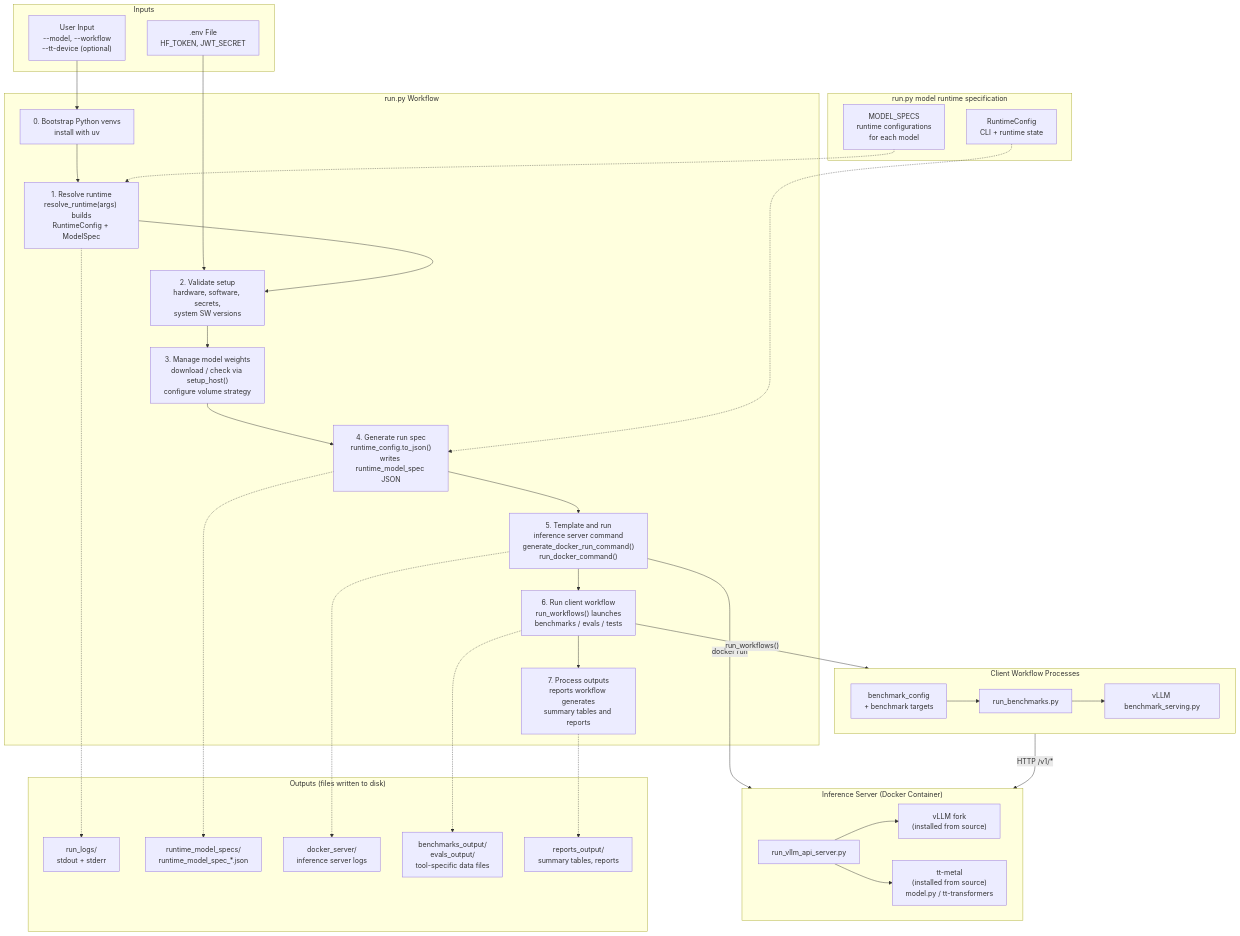
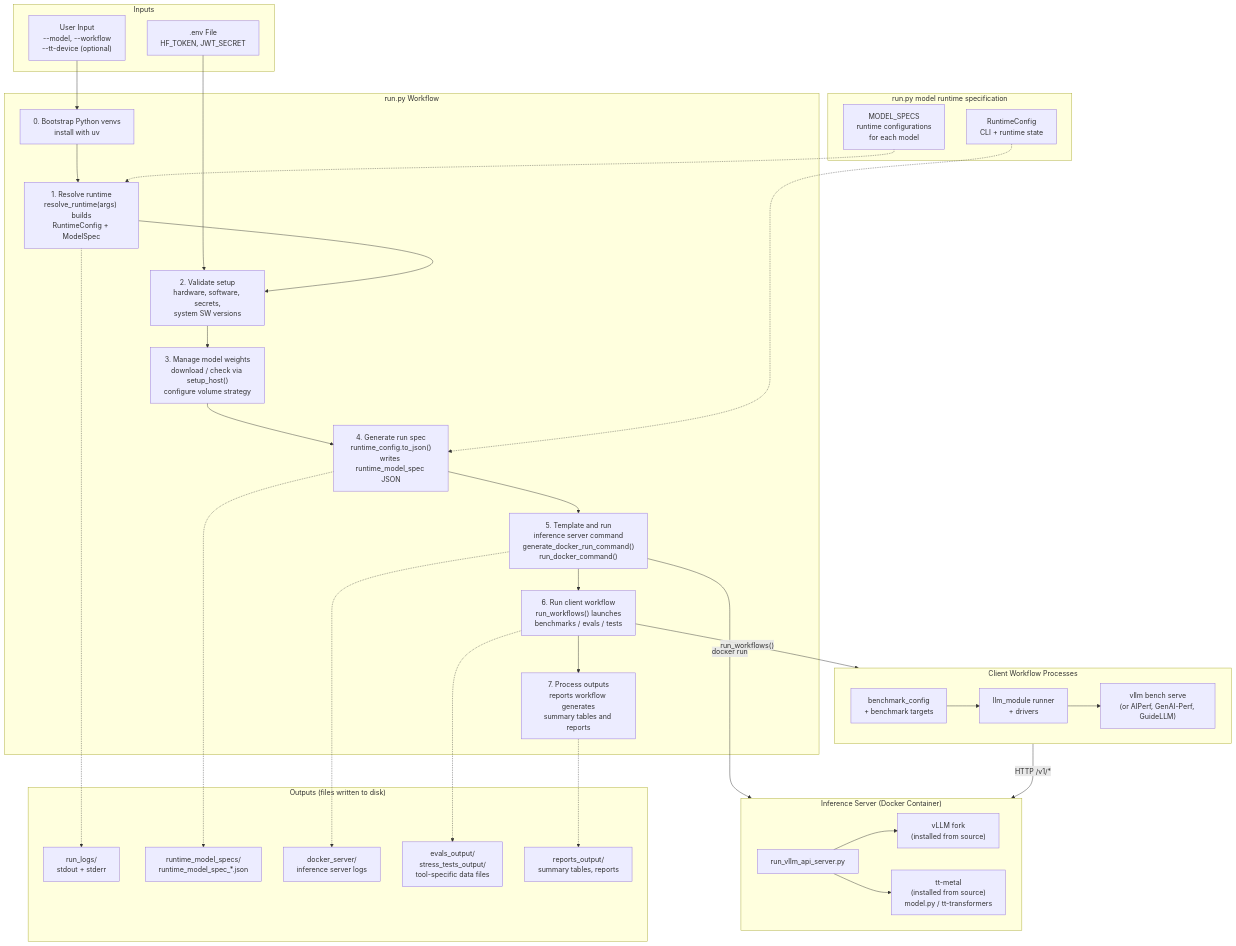
One commit to tenstorrent/tt-inference-server changed the second of 4 diagrams in workflows/README.md. Above: the diagram before and after it, drawn with Mermaid. The commit also changed other lines of this file and 8 other files, not shown here.

First line of the commit message:
Rewrite benchmarking docs against llm_module and remove dead v1 references

````diff
--- a/workflows/README.md
+++ b/workflows/README.md
@@ -72,71 +72,71 @@
 ```mermaid
 flowchart TD
   subgraph inputs ["Inputs"]
     userInput["User Input<br/>--model, --workflow<br/>--tt-device (optional)"]
     envFile[".env File<br/>HF_TOKEN, JWT_SECRET"]
   end
 
   subgraph runpySteps ["run.py Workflow"]
     step0["0. Bootstrap Python venvs<br/>install with uv"]
     step1["1. Resolve runtime<br/>resolve_runtime(args) builds<br/>RuntimeConfig + ModelSpec"]
     step2["2. Validate setup<br/>hardware, software, secrets,<br/>system SW versions"]
     step3["3. Manage model weights<br/>download / check via setup_host()<br/>configure volume strategy"]
     step4["4. Generate run spec<br/>runtime_config.to_json()<br/>writes runtime_model_spec JSON"]
     step5["5. Template and run<br/>inference server command<br/>generate_docker_run_command()<br/>run_docker_command()"]
     step6["6. Run client workflow<br/>run_workflows() launches<br/>benchmarks / evals / tests"]
     step7["7. Process outputs<br/>reports workflow generates<br/>summary tables and reports"]
   end
 
   subgraph runpyCore ["run.py model runtime specification"]
     modelSpec["MODEL_SPECS<br/>runtime configurations<br/>for each model"]
     runtimeConfig["RuntimeConfig<br/>CLI + runtime state"]
   end
 
   subgraph inferenceServer ["Inference Server (Docker Container)"]
     entrypoint["run_vllm_api_server.py"]
     vllmFork["vLLM fork<br/>(installed from source)"]
     ttMetal["tt-metal<br/>(installed from source)<br/>model.py / tt-transformers"]
     entrypoint --> vllmFork
     entrypoint --> ttMetal
   end
 
   subgraph clientWorkflows ["Client Workflow Processes"]
     benchConfig["benchmark_config<br/>+ benchmark targets"]
-    runBench["run_benchmarks.py"]
-    benchServing["vLLM benchmark_serving.py"]
+    runBench["llm_module runner<br/>+ drivers"]
+    benchServing["vllm bench serve<br/>(or AIPerf, GenAI-Perf, GuideLLM)"]
     runBench --> benchServing
     benchConfig --> runBench
   end
 
 
   subgraph outputFiles ["Outputs (files written to disk)"]
     runLogs["run_logs/<br/>stdout + stderr"]
     runSpecs["runtime_model_specs/<br/>runtime_model_spec_*.json"]
     serverLogs["docker_server/<br/>inference server logs"]
-    toolOutputs["benchmarks_output/<br/>evals_output/<br/>tool-specific data files"]
+    toolOutputs["evals_output/<br/>stress_tests_output/<br/>tool-specific data files"]
     reports["reports_output/<br/>summary tables, reports"]
   end
 
   userInput --> step0
   envFile --> step2
   step0 --> step1
   step1 --> step2
   step2 --> step3
   step3 --> step4
   step4 --> step5
   step5 --> step6
   step6 --> step7
 
   modelSpec -.-> step1
   runtimeConfig -.-> step4
 
   step5 -->|"docker run"| inferenceServer
   step6 -->|"run_workflows()"| clientWorkflows
   clientWorkflows -->|"HTTP /v1/*"| inferenceServer
 
   step4 -.-> runSpecs
   step5 -.-> serverLogs
   step6 -.-> toolOutputs
   step7 -.-> reports
   step1 -.-> runLogs
 ```
````
